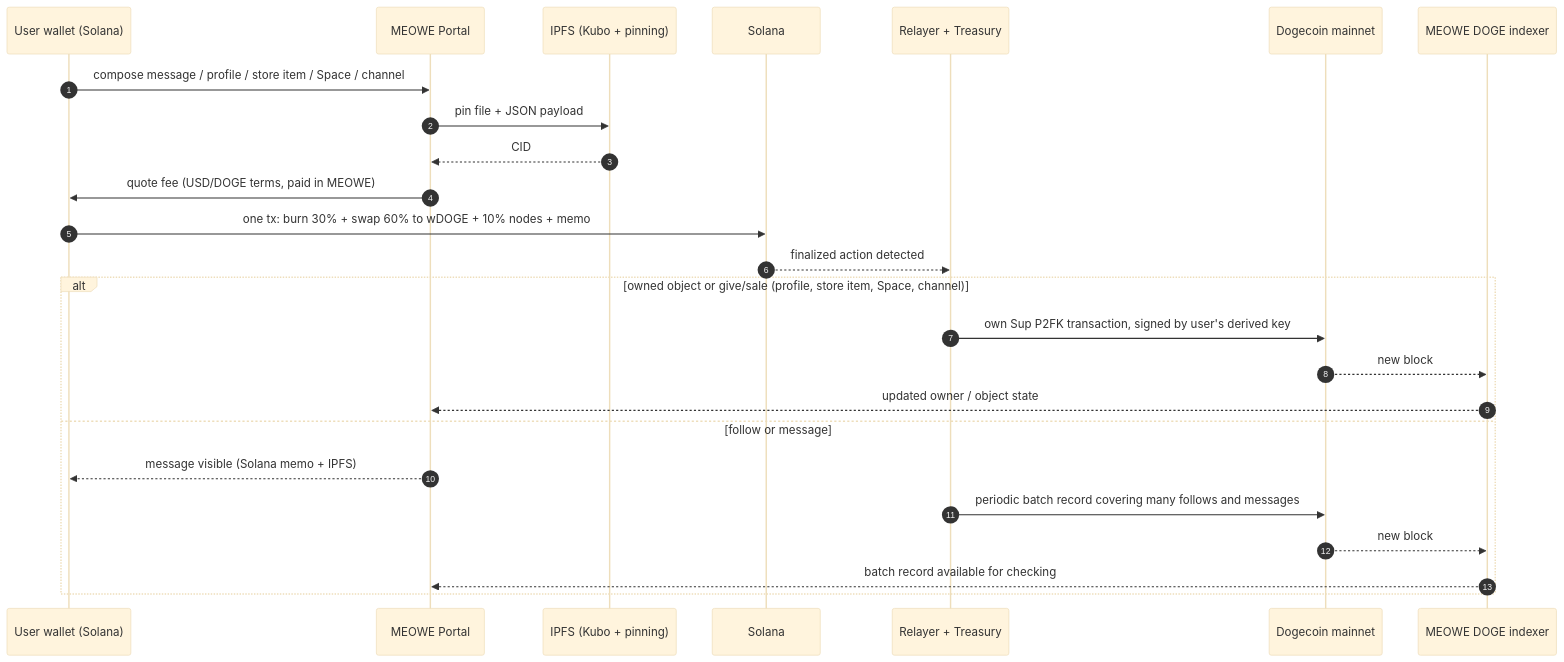
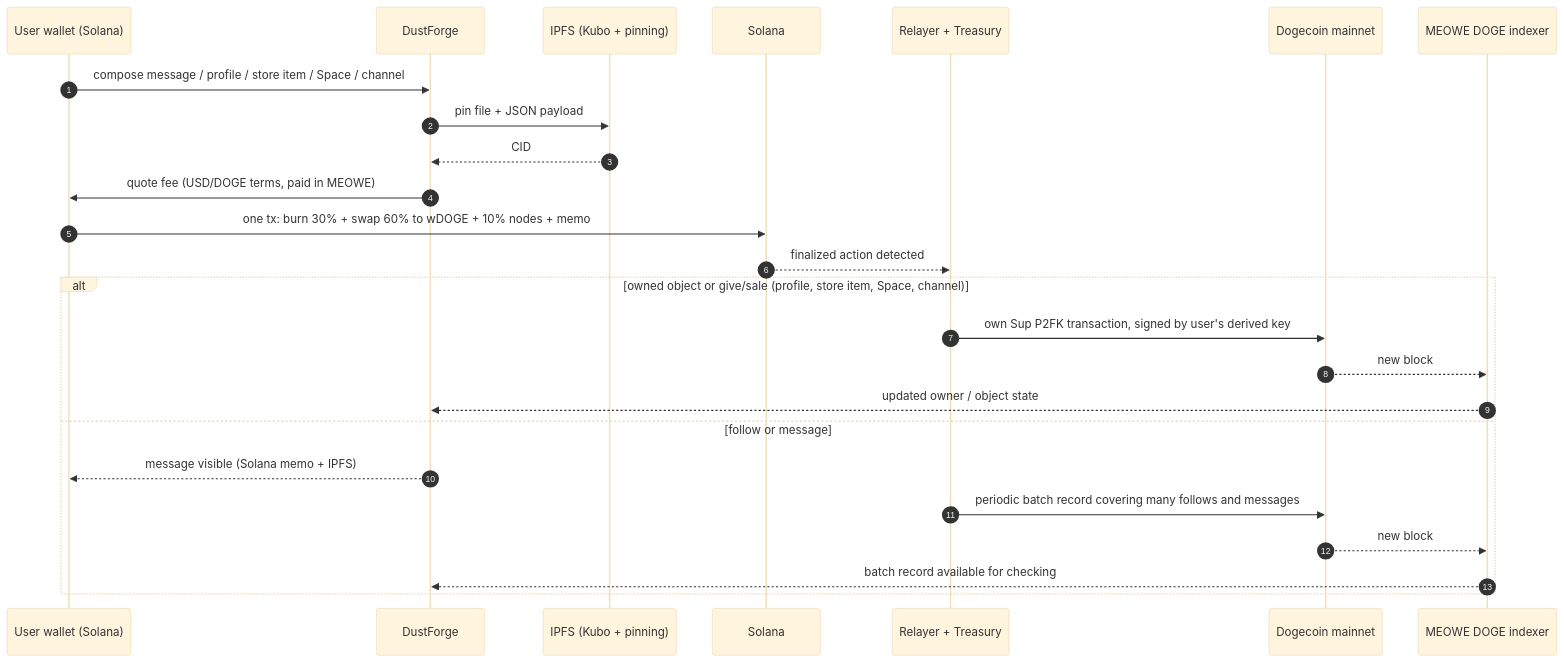
The diagram in whitepaper/technical-overview.md (NeptuneMonk/meowecoin), drawn with Mermaid (base theme) before and after one commit. The commit also changed other lines of this file and 4 other files, not shown here.

First line of the commit message:
Rename the portal to DustForge and note a later multi-token checkout.

````diff
--- a/whitepaper/technical-overview.md
+++ b/whitepaper/technical-overview.md
@@ -36,27 +36,27 @@
 ```mermaid
 sequenceDiagram
     autonumber
     participant U as User wallet (Solana)
-    participant P as MEOWE Portal
+    participant P as DustForge
     participant I as IPFS (Kubo + pinning)
     participant S as Solana
     participant R as Relayer + Treasury
     participant D as Dogecoin mainnet
     participant X as MEOWE DOGE indexer
     U->>P: compose message / profile / store item / Space / channel
     P->>I: pin file + JSON payload
     I-->>P: CID
     P->>U: quote fee (USD/DOGE terms, paid in MEOWE)
     U->>S: one tx: burn 30% + swap 60% to wDOGE + 10% nodes + memo
     S-->>R: finalized action detected
     alt owned object or give/sale (profile, store item, Space, channel)
         R->>D: own Sup P2FK transaction, signed by user's derived key
         D-->>X: new block
         X-->>P: updated owner / object state
     else follow or message
         P-->>U: message visible (Solana memo + IPFS)
         R->>D: periodic batch record covering many follows and messages
         D-->>X: new block
         X-->>P: batch record available for checking
     end
 ```
````
